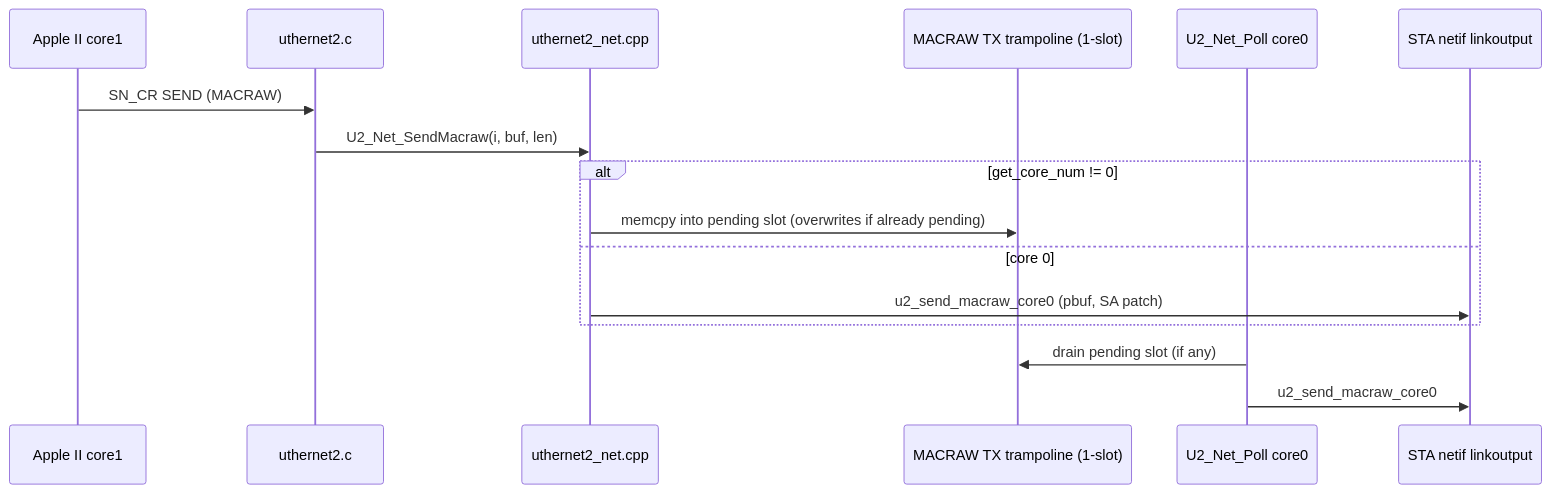
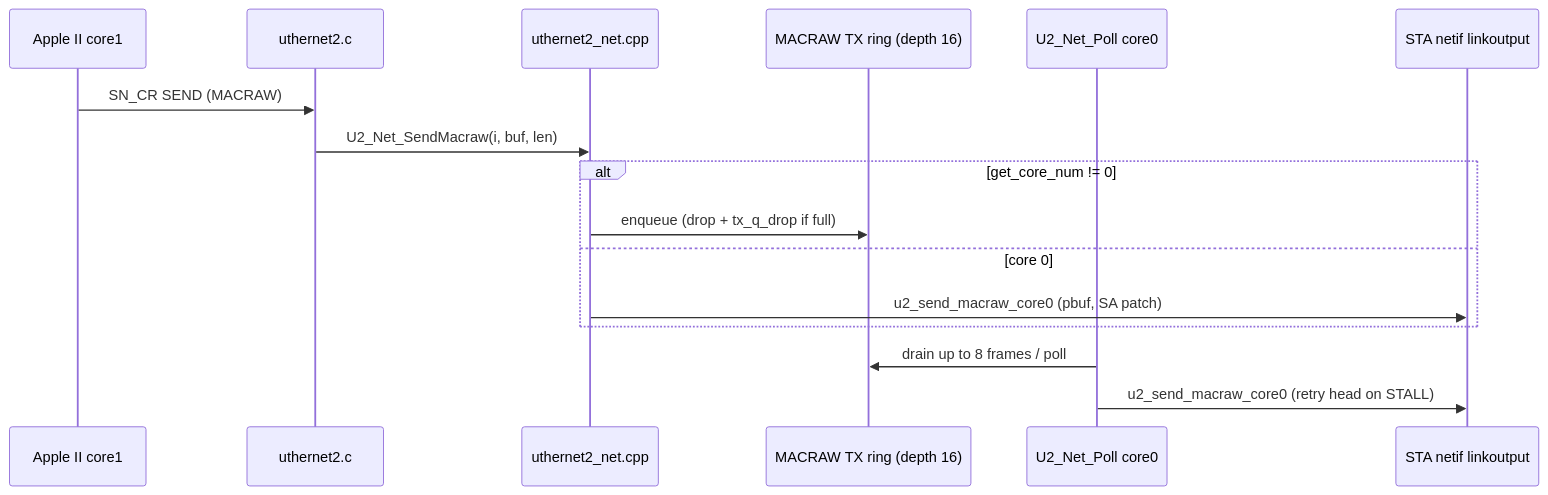
One commit to eositis/MegaFlash changed the second of 4 diagrams in docs/Uthernet-II-stack-architecture-and-todos.md. Above: the diagram before and after it, drawn with Mermaid. The commit also changed other lines of this file and 6 other files, not shown here.

First line of the commit message:
Add MACRAW TX ring and honest Sn_TX_RD for burst egress (P0-2 §10z).

````diff
--- a/docs/Uthernet-II-stack-architecture-and-todos.md
+++ b/docs/Uthernet-II-stack-architecture-and-todos.md
@@ -85,19 +87,19 @@
 ```mermaid
 sequenceDiagram
   participant II as Apple II core1
   participant U2 as uthernet2.c
   participant NET as uthernet2_net.cpp
-  participant Q as MACRAW TX trampoline (1-slot)
+  participant Q as MACRAW TX ring (depth 16)
   participant P as U2_Net_Poll core0
   participant NF as STA netif linkoutput
 
   II->>U2: SN_CR SEND (MACRAW)
   U2->>NET: U2_Net_SendMacraw(i, buf, len)
   alt get_core_num != 0
-    NET->>Q: memcpy into pending slot (overwrites if already pending)
+    NET->>Q: enqueue (drop + tx_q_drop if full)
   else core 0
     NET->>NF: u2_send_macraw_core0 (pbuf, SA patch)
   end
-  P->>Q: drain pending slot (if any)
-  P->>NF: u2_send_macraw_core0
+  P->>Q: drain up to 8 frames / poll
+  P->>NF: u2_send_macraw_core0 (retry head on STALL)
 ```
````
